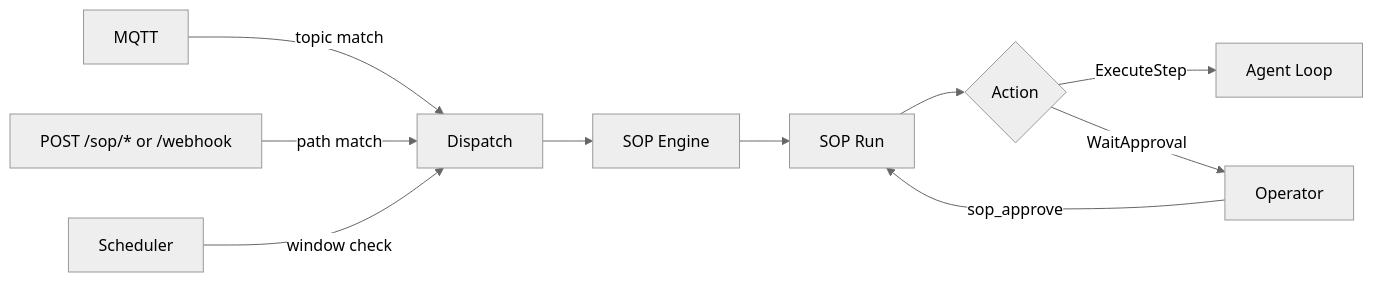
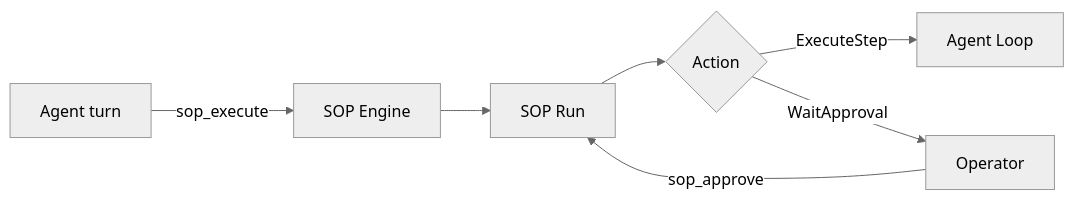
One commit to naraeclaw/naraeclaw changed the diagram in docs/reference/sop/README.md. Above: the diagram before and after it, drawn with Mermaid (neutral theme). The commit also changed other lines of this file and 41 other files, not shown here.

````diff
--- a/docs/reference/sop/README.md
+++ b/docs/reference/sop/README.md
@@ -22,13 +26,9 @@
 ```mermaid
 graph LR
-    MQTT[MQTT] -->|topic match| Dispatch
-    WH[POST /sop/* or /webhook] -->|path match| Dispatch
-    CRON[Scheduler] -->|window check| Dispatch
-
-    Dispatch --> Engine[SOP Engine]
+    Agent[Agent turn] -->|sop_execute| Engine[SOP Engine]
     Engine --> Run[SOP Run]
     Run --> Action{Action}
-    Action -->|ExecuteStep| Agent[Agent Loop]
+    Action -->|ExecuteStep| Loop[Agent Loop]
     Action -->|WaitApproval| Human[Operator]
     Human -->|sop_approve| Run
 ```
````
